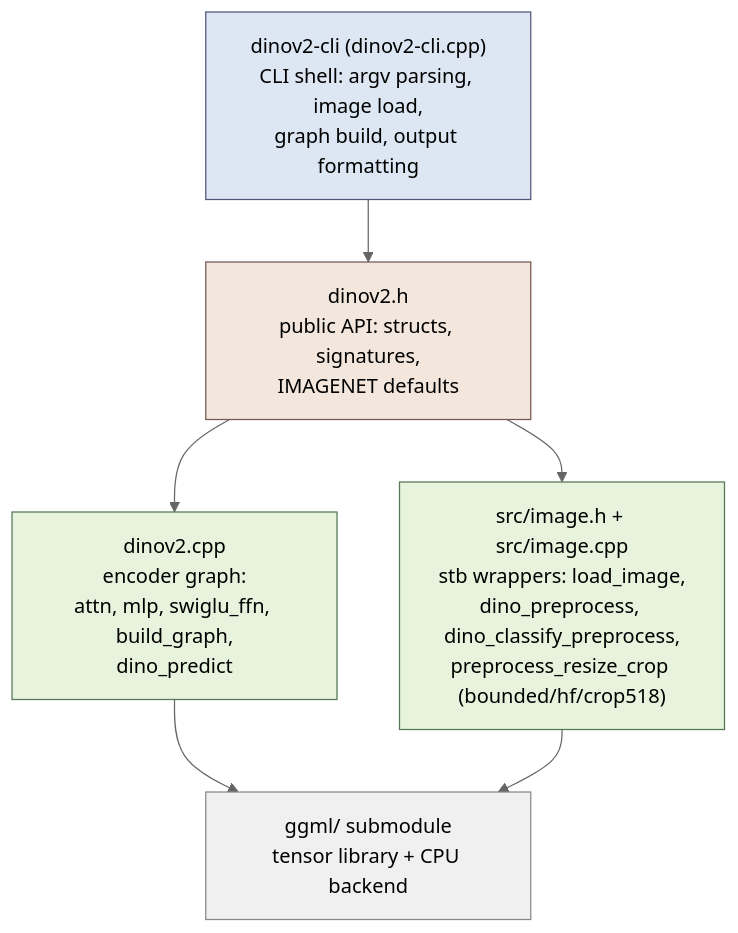
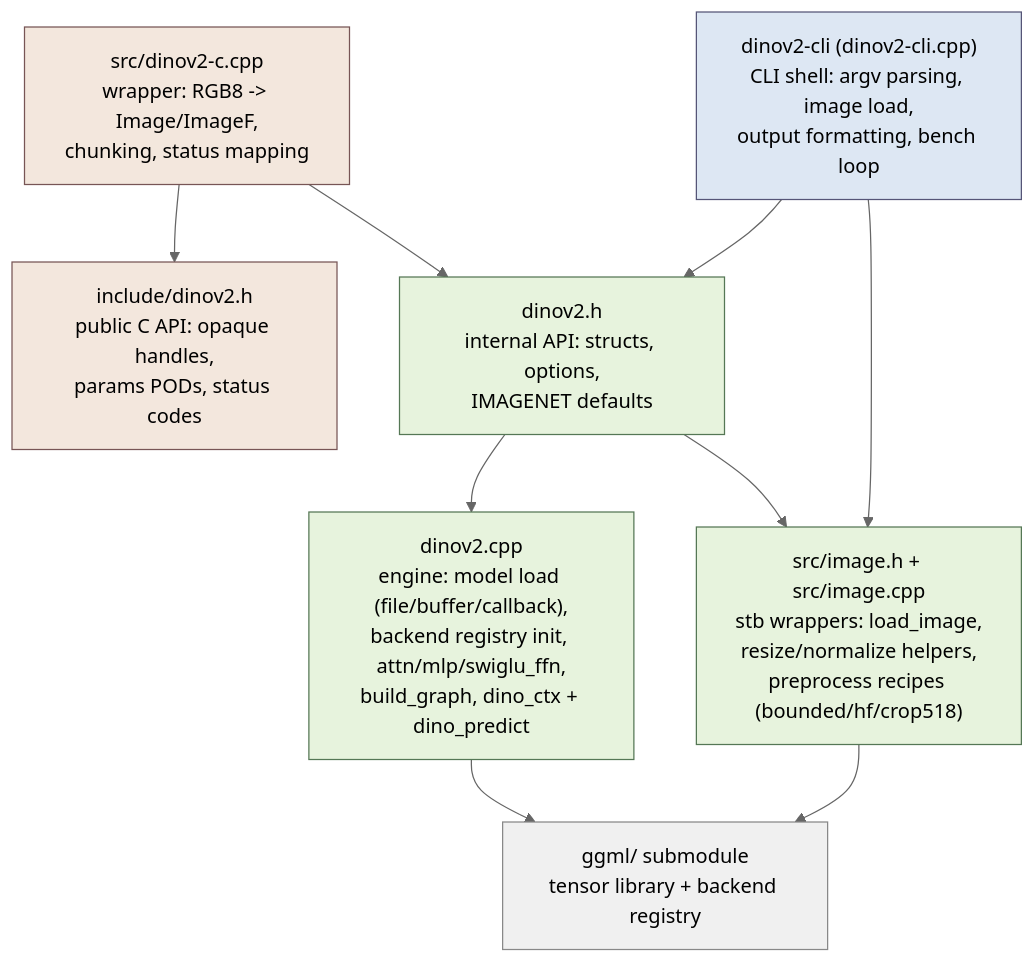
The first of 4 diagrams in ARCHITECTURE.md (espetro/dinov2.cpp), drawn with Mermaid (neutral theme) before and after one commit. The commit also changed other lines of this file and 2 other files, not shown here.

First line of the commit message:
docs: library layering, README C API section, stability stub

````diff
--- a/ARCHITECTURE.md
+++ b/ARCHITECTURE.md
@@ -20,23 +24,28 @@
 ```mermaid
 graph TD
-    A["dinov2-cli (dinov2-cli.cpp)<br/>CLI shell: argv parsing, image load,<br/>graph build, output formatting"]
-    B["dinov2.h<br/>public API: structs, signatures,<br/>IMAGENET defaults"]
-    C["dinov2.cpp<br/>encoder graph:<br/>attn, mlp, swiglu_ffn, build_graph,<br/>dino_predict"]
-    D["src/image.h + src/image.cpp<br/>stb wrappers: load_image,<br/>dino_preprocess, dino_classify_preprocess,<br/>preprocess_resize_crop (bounded/hf/crop518)"]
-    E["ggml/ submodule<br/>tensor library + CPU backend"]
+    A["dinov2-cli (dinov2-cli.cpp)<br/>CLI shell: argv parsing, image load,<br/>output formatting, bench loop"]
+    P["include/dinov2.h<br/>public C API: opaque handles,<br/>params PODs, status codes"]
+    W["src/dinov2-c.cpp<br/>wrapper: RGB8 -> Image/ImageF,<br/>chunking, status mapping"]
+    B["dinov2.h<br/>internal API: structs, options,<br/>IMAGENET defaults"]
+    C["dinov2.cpp<br/>engine: model load (file/buffer/callback),<br/>backend registry init, attn/mlp/swiglu_ffn,<br/>build_graph, dino_ctx + dino_predict"]
+    D["src/image.h + src/image.cpp<br/>stb wrappers: load_image,<br/>resize/normalize helpers,<br/>preprocess recipes (bounded/hf/crop518)"]
+    E["ggml/ submodule<br/>tensor library + backend registry"]
 
     A --> B
+    A --> D
+    W --> P
+    W --> B
     B --> C
     B --> D
     C --> E
     D --> E
 
     classDef cli    fill:#dde7f3,stroke:#557,color:#000;
     classDef api    fill:#f3e7dd,stroke:#755,color:#000;
     classDef impl   fill:#e7f3dd,stroke:#575,color:#000;
     classDef vend   fill:#f0f0f0,stroke:#888,color:#000;
     class A cli
-    class B api
-    class C,D impl
+    class P,W api
+    class B,C,D impl
     class E vend
 ```
````
